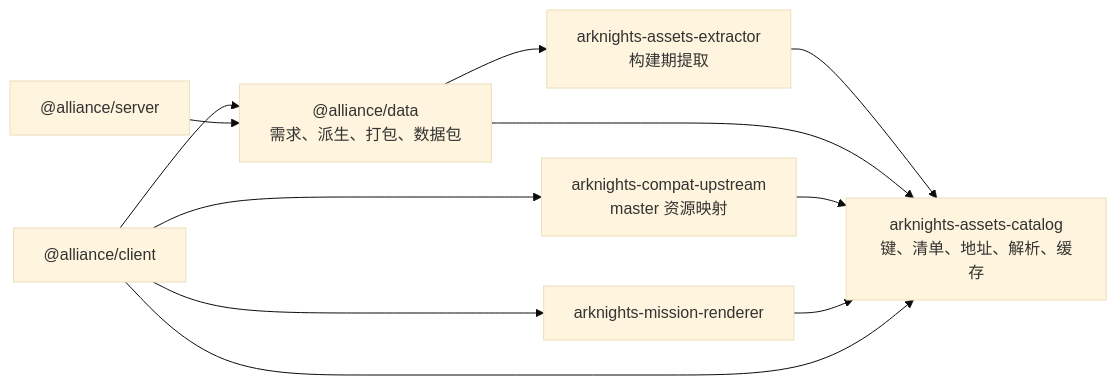
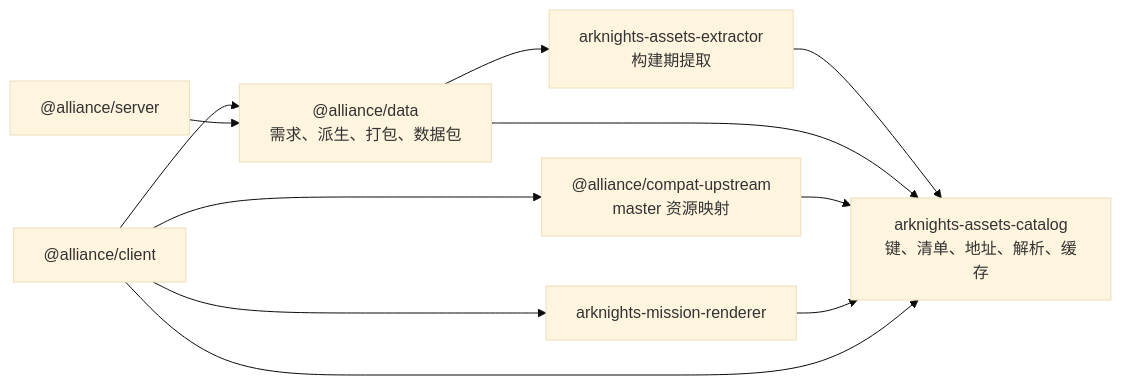
The first of 2 diagrams in docs/alliance/data/03-resource.md (palmcivet/stronghold-protocol), drawn with Mermaid (base theme) before and after one commit. The commit also changed other lines of this file and 115 other files, not shown here.

````diff
--- a/docs/alliance/data/03-resource.md
+++ b/docs/alliance/data/03-resource.md
@@ -14,14 +14,14 @@
 ```mermaid
 flowchart LR
   catalog[arknights-assets-catalog<br/>键、清单、地址、解析、缓存]
   extractor[arknights-assets-extractor<br/>构建期提取] --> catalog
   data["@alliance/data<br/>需求、派生、打包、数据包"] --> extractor
   data --> catalog
-  compat[arknights-compat-upstream<br/>master 资源映射] --> catalog
+  compat["@alliance/compat-upstream<br/>master 资源映射"] --> catalog
   renderer[arknights-mission-renderer] --> catalog
   client["@alliance/client"] --> catalog
   client --> compat
   client --> renderer
   client --> data
   server["@alliance/server"] --> data
 ```
````
